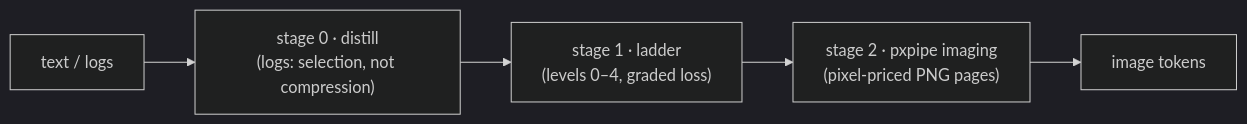
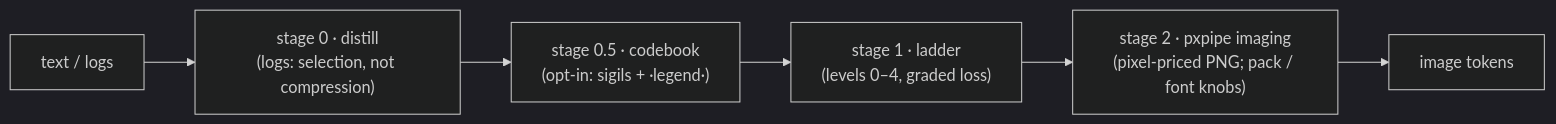
One commit to Osyna/tanuki-context changed the diagram in DESIGN.md. Above: the diagram before and after it, drawn with Mermaid (dark theme). The commit also changed other lines of this file and 7 other files, not shown here.

First line of the commit message:
density knobs: pack, codebook, tiny 4x6 font (+methods report)

````diff
--- a/DESIGN.md
+++ b/DESIGN.md
@@ -29,7 +29,8 @@
 ```mermaid
 graph LR
   A[text / logs] --> B["stage 0 · distill<br/>(logs: selection, not compression)"]
-  B --> C["stage 1 · ladder<br/>(levels 0–4, graded loss)"]
-  C --> D["stage 2 · pxpipe imaging<br/>(pixel-priced PNG pages)"]
+  B --> X["stage 0.5 · codebook<br/>(opt-in: sigils + ·legend·)"]
+  X --> C["stage 1 · ladder<br/>(levels 0–4, graded loss)"]
+  C --> D["stage 2 · pxpipe imaging<br/>(pixel-priced PNG; pack / font knobs)"]
   D --> E[image tokens]
 ```
````
